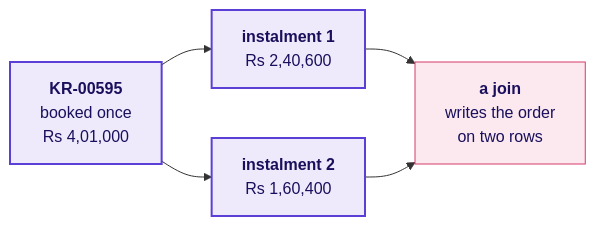
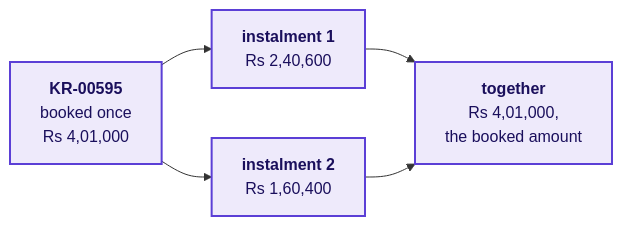
Before and after one commit to fde-academy-lab/c2-content-factory: the eighth of 25 diagrams in content/W02/D2/slides/C2_W02_D02_half1_STUDENT.md, drawn with Mermaid. The commit also changed other lines of this file and 8 other files, not shown here.

````diff
--- a/content/W02/D2/slides/C2_W02_D02_half1_STUDENT.md
+++ b/content/W02/D2/slides/C2_W02_D02_half1_STUDENT.md
@@ -655,11 +654,10 @@
 ```mermaid
 flowchart LR
     B["<b>KR-00595</b><br/>booked once<br/>Rs 4,01,000"] --> I1["<b>instalment 1</b><br/>Rs 2,40,600"]
     B --> I2["<b>instalment 2</b><br/>Rs 1,60,400"]
-    I1 --> J["<b>a join</b><br/>writes the order<br/>on two rows"]
+    I1 --> J["<b>together</b><br/>Rs 4,01,000,<br/>the booked amount"]
     I2 --> J
     classDef known fill:#EEEAFB,stroke:#5B3FD6,color:#1A0F5C,stroke-width:2px
     classDef bad fill:#FBE9EF,stroke:#D63A6A,color:#1A0F5C
-    class B,I1,I2 known
-    class J bad
+    class B,I1,I2,J known
 ```
````
